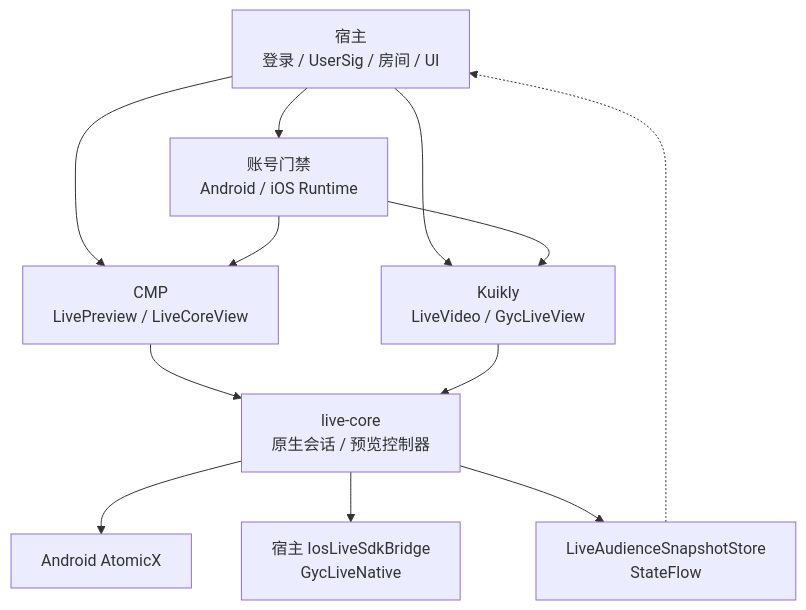
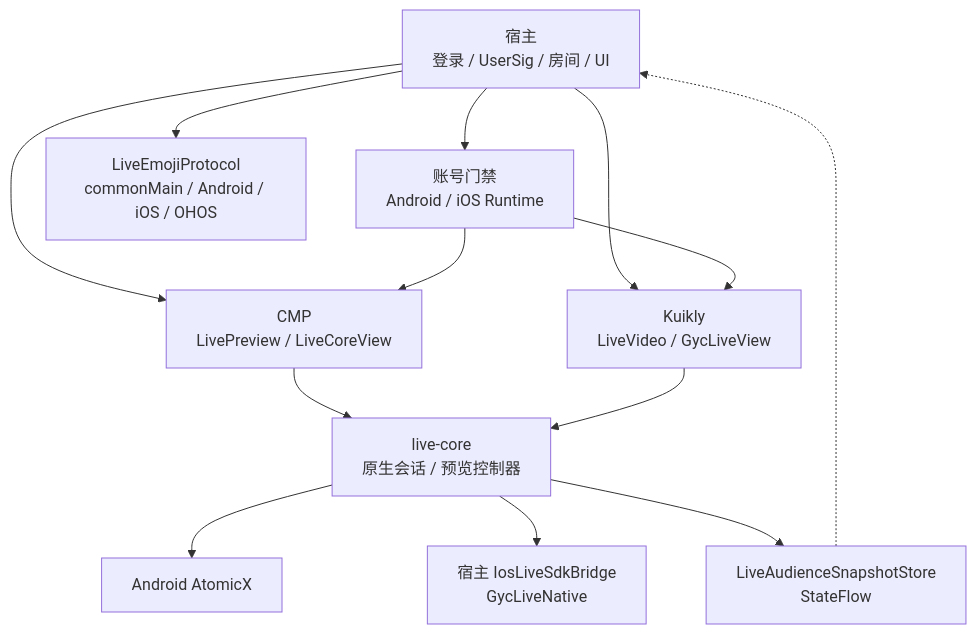
Before and after one commit to gycrosskit/live-sdk: the first of 3 diagrams in README.md, drawn with Mermaid. The commit also changed other lines of this file and 16 other files, not shown here.

Commit message:
feat(live-core): share compatible emoji protocol across three platforms

````diff
--- a/README.md
+++ b/README.md
@@ -16,14 +18,15 @@
 ```mermaid
 flowchart TB
     H["宿主<br/>登录 / UserSig / 房间 / UI"] --> G["账号门禁<br/>Android / iOS Runtime"]
     H --> C["CMP<br/>LivePreview / LiveCoreView"]
     H --> K["Kuikly<br/>LiveVideo / GycLiveView"]
     G --> C
     G --> K
     C --> P["live-core<br/>原生会话 / 预览控制器"]
     K --> P
     P --> A["Android AtomicX"]
     P --> I["宿主 IosLiveSdkBridge<br/>GycLiveNative"]
     P --> S["LiveAudienceSnapshotStore<br/>StateFlow"]
     S -.-> H
+    H --> E["LiveEmojiProtocol<br/>commonMain / Android / iOS / OHOS"]
 ```
````
